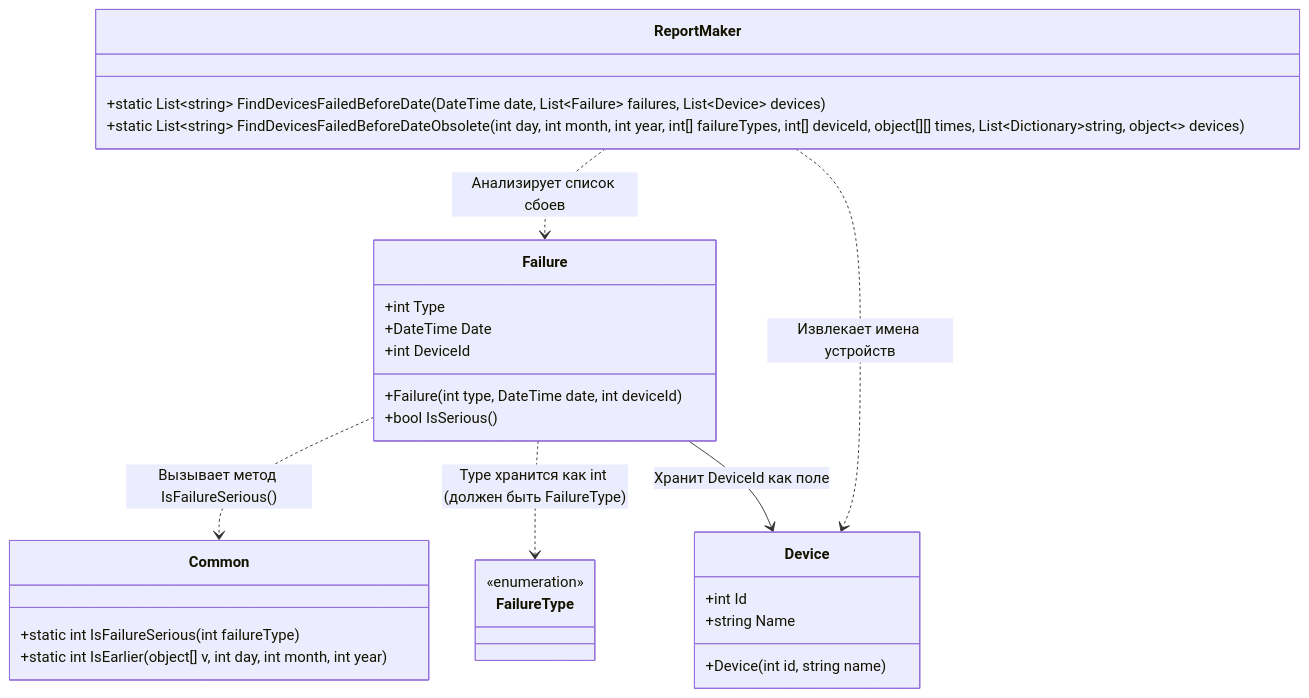
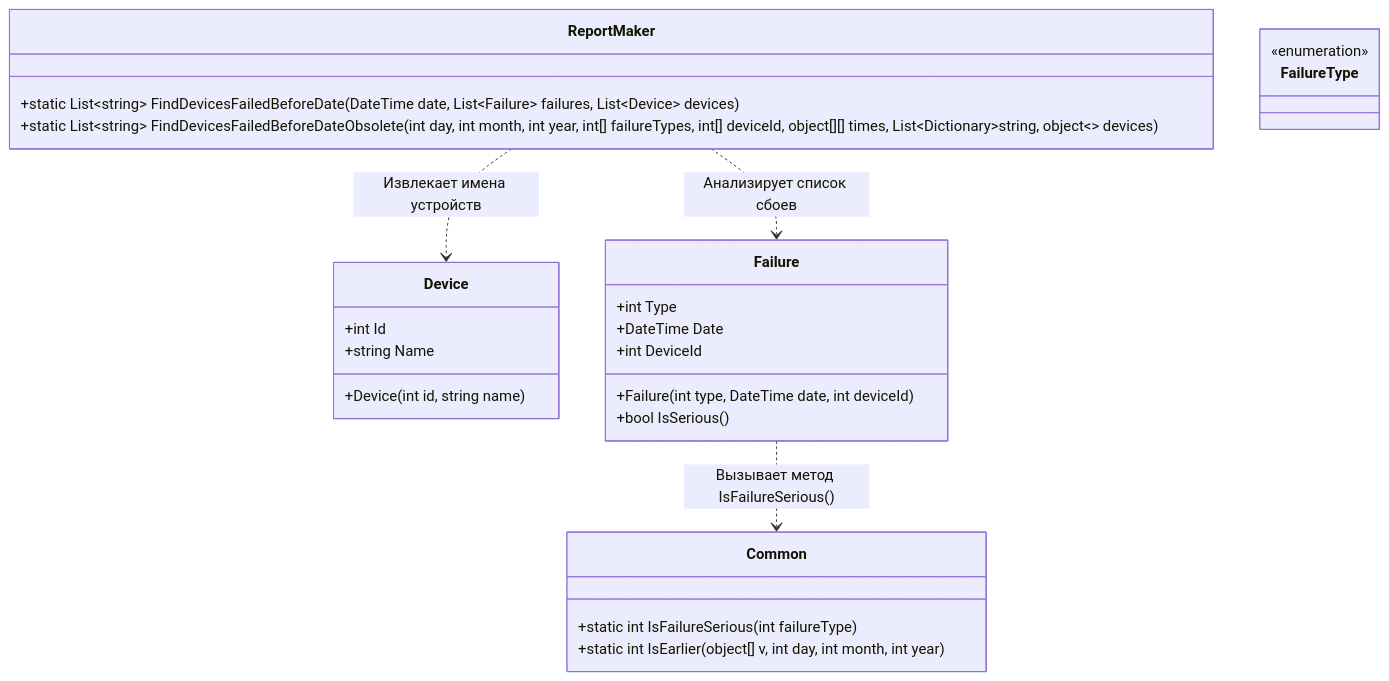
Before and after one commit to ram0k009/Practice: the diagram in sboi.md, drawn with Mermaid.

````diff
--- a/sboi.md
+++ b/sboi.md
@@ -1,38 +1,36 @@
 ```mermaid
 classDiagram
 direction TB
     class Device {
 	    +int Id
 	    +string Name
 	    +Device(int id, string name)
     }
 
     class Failure {
 	    +int Type
 	    +DateTime Date
 	    +int DeviceId
 	    +Failure(int type, DateTime date, int deviceId)
 	    +bool IsSerious()
     }
 
     class Common {
 	    +static int IsFailureSerious(int failureType)
 	    +static int IsEarlier(object[] v, int day, int month, int year)
     }
 
     class ReportMaker {
 	    +static List~string~ FindDevicesFailedBeforeDate(DateTime date, List~Failure~ failures, List~Device~ devices)
 	    +static List~string~ FindDevicesFailedBeforeDateObsolete(int day, int month, int year, int[] failureTypes, int[] deviceId, object[][] times, List~Dictionary~string, object~~ devices)
     }
 
     class FailureType {
     }
 
 	<<enumeration>> FailureType
 
     Failure ..> Common : Вызывает метод IsFailureSerious()
     ReportMaker ..> Failure : Анализирует список сбоев
     ReportMaker ..> Device : Извлекает имена устройств
-    Failure ..> FailureType : Type хранится как int (должен быть FailureType)
-    Failure --> Device : Хранит DeviceId как поле
 ```
````
